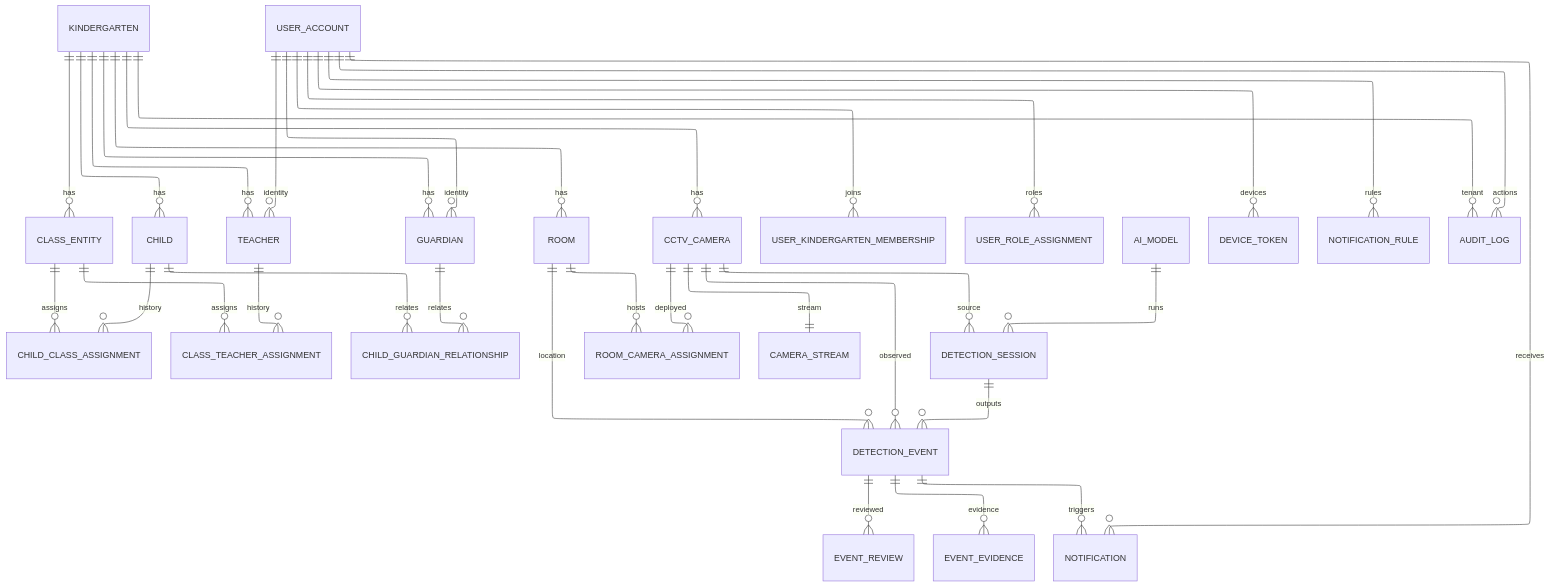
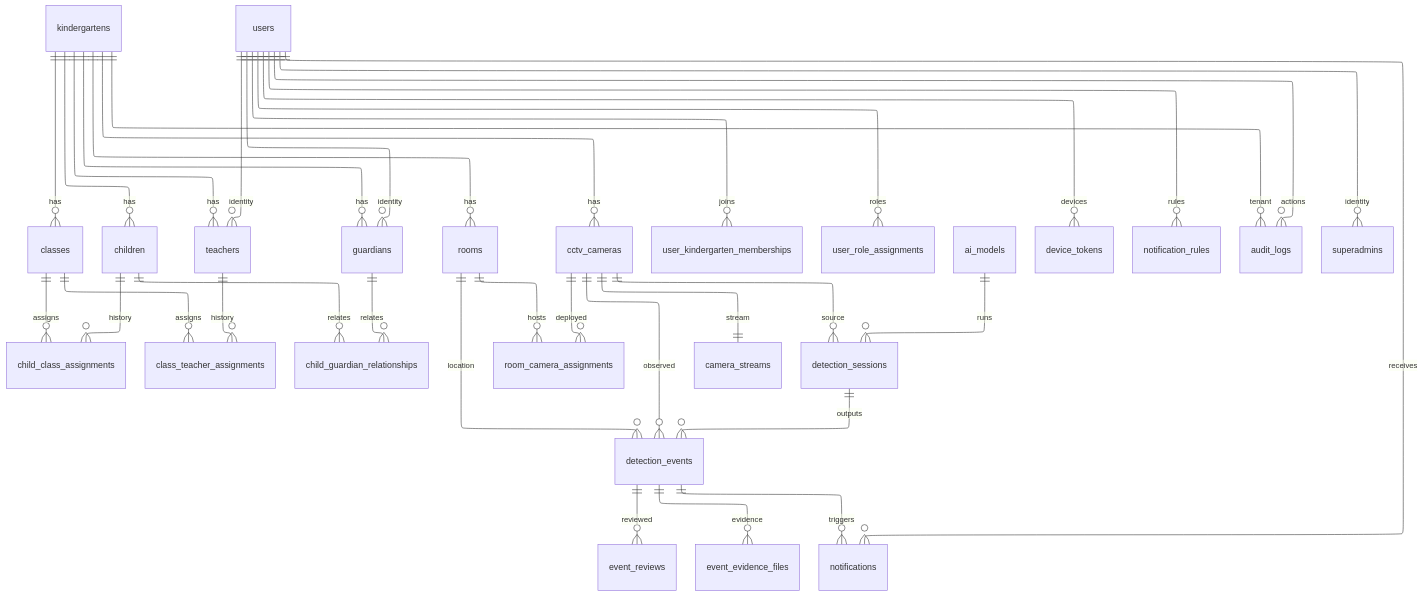
Before and after one commit to ai-kids-care-team/ai-kids-care: the diagram in docs/db/ERD/diagrams/full.mmd, drawn with Mermaid. The commit also changed 2 other files, not shown here.

Commit message:
update ERD mmd code

```diff
--- a/docs/db/ERD/diagrams/full.mmd
+++ b/docs/db/ERD/diagrams/full.mmd
@@ -1,47 +1,49 @@
 ---
 config:
   layout: elk
 ---
 erDiagram
-  KINDERGARTEN ||--o{ CLASS_ENTITY : has
-  KINDERGARTEN ||--o{ CHILD : has
-  KINDERGARTEN ||--o{ TEACHER : has
-  KINDERGARTEN ||--o{ GUARDIAN : has
-  KINDERGARTEN ||--o{ ROOM : has
-  KINDERGARTEN ||--o{ CCTV_CAMERA : has
+  kindergartens ||--o{ classes : has
+  kindergartens ||--o{ children : has
+  kindergartens ||--o{ teachers : has
+  kindergartens ||--o{ guardians : has
+  kindergartens ||--o{ rooms : has
+  kindergartens ||--o{ cctv_cameras : has
 
-  USER_ACCOUNT ||--o{ TEACHER : identity
-  USER_ACCOUNT ||--o{ GUARDIAN : identity
-  USER_ACCOUNT ||--o{ USER_KINDERGARTEN_MEMBERSHIP : joins
-  USER_ACCOUNT ||--o{ USER_ROLE_ASSIGNMENT : roles
+  users ||--o{ teachers : identity
+  users ||--o{ guardians : identity
+  users ||--o{ user_kindergarten_memberships : joins
+  users ||--o{ user_role_assignments : roles
 
-  CLASS_ENTITY ||--o{ CHILD_CLASS_ASSIGNMENT : assigns
-  CHILD ||--o{ CHILD_CLASS_ASSIGNMENT : history
+  classes ||--o{ child_class_assignments : assigns
+  children ||--o{ child_class_assignments : history
 
-  CLASS_ENTITY ||--o{ CLASS_TEACHER_ASSIGNMENT : assigns
-  TEACHER ||--o{ CLASS_TEACHER_ASSIGNMENT : history
+  classes ||--o{ class_teacher_assignments : assigns
+  teachers ||--o{ class_teacher_assignments : history
 
-  CHILD ||--o{ CHILD_GUARDIAN_RELATIONSHIP : relates
-  GUARDIAN ||--o{ CHILD_GUARDIAN_RELATIONSHIP : relates
+  children ||--o{ child_guardian_relationships : relates
+  guardians ||--o{ child_guardian_relationships : relates
 
-  ROOM ||--o{ ROOM_CAMERA_ASSIGNMENT : hosts
-  CCTV_CAMERA ||--o{ ROOM_CAMERA_ASSIGNMENT : deployed
+  rooms ||--o{ room_camera_assignments : hosts
+  cctv_cameras ||--o{ room_camera_assignments : deployed
 
-  CCTV_CAMERA ||--|| CAMERA_STREAM : stream
+  cctv_cameras ||--|| camera_streams : stream
 
-  AI_MODEL ||--o{ DETECTION_SESSION : runs
-  CCTV_CAMERA ||--o{ DETECTION_SESSION : source
-  DETECTION_SESSION ||--o{ DETECTION_EVENT : outputs
-  ROOM ||--o{ DETECTION_EVENT : location
-  CCTV_CAMERA ||--o{ DETECTION_EVENT : observed
+  ai_models ||--o{ detection_sessions : runs
+  cctv_cameras ||--o{ detection_sessions : source
+  detection_sessions ||--o{ detection_events : outputs
+  rooms ||--o{ detection_events : location
+  cctv_cameras ||--o{ detection_events : observed
 
-  DETECTION_EVENT ||--o{ EVENT_REVIEW : reviewed
-  DETECTION_EVENT ||--o{ EVENT_EVIDENCE : evidence
+  detection_events ||--o{ event_reviews : reviewed
+  detection_events ||--o{ event_evidence_files : evidence
 
-  DETECTION_EVENT ||--o{ NOTIFICATION : triggers
-  USER_ACCOUNT ||--o{ NOTIFICATION : receives
-  USER_ACCOUNT ||--o{ DEVICE_TOKEN : devices
-  USER_ACCOUNT ||--o{ NOTIFICATION_RULE : rules
+  detection_events ||--o{ notifications : triggers
+  users ||--o{ notifications : receives
+  users ||--o{ device_tokens : devices
+  users ||--o{ notification_rules : rules
 
-  USER_ACCOUNT ||--o{ AUDIT_LOG : actions
-  KINDERGARTEN ||--o{ AUDIT_LOG : tenant
+  users ||--o{ audit_logs : actions
+  kindergartens ||--o{ audit_logs : tenant
+
+    users ||--o{ superadmins : identity
```
